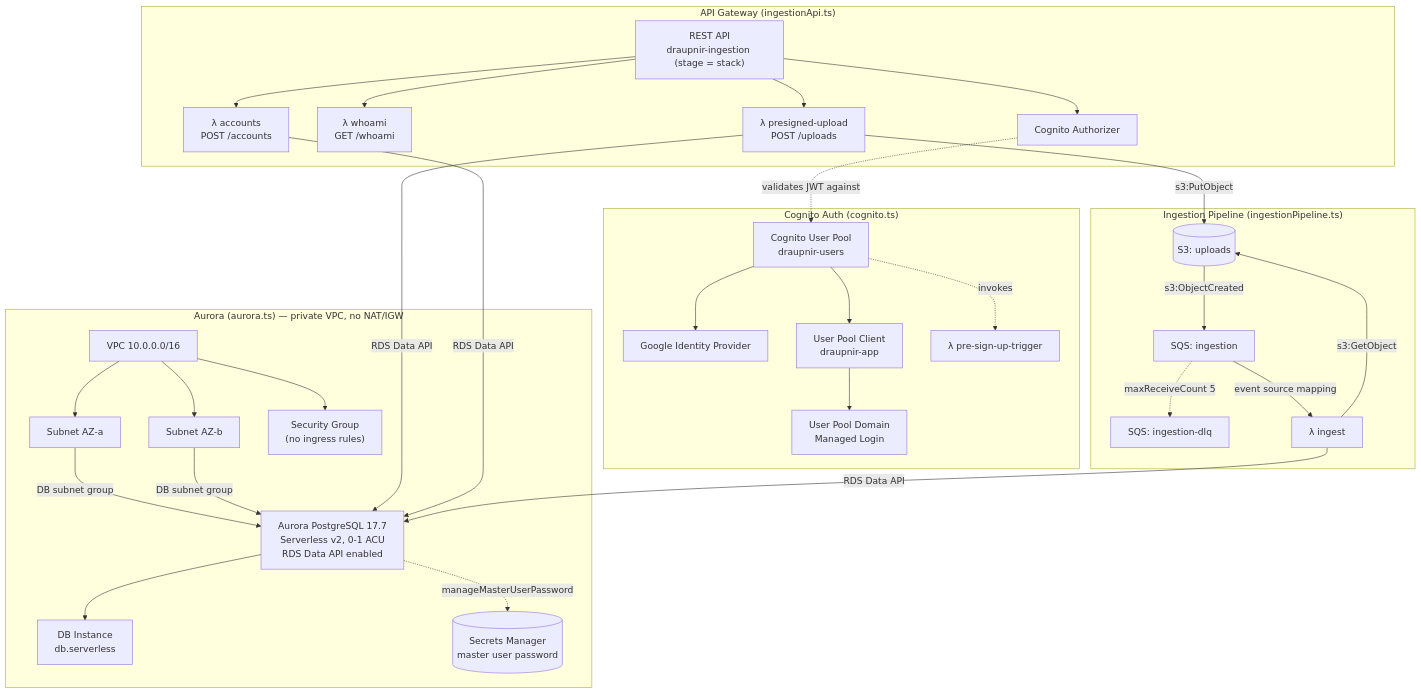
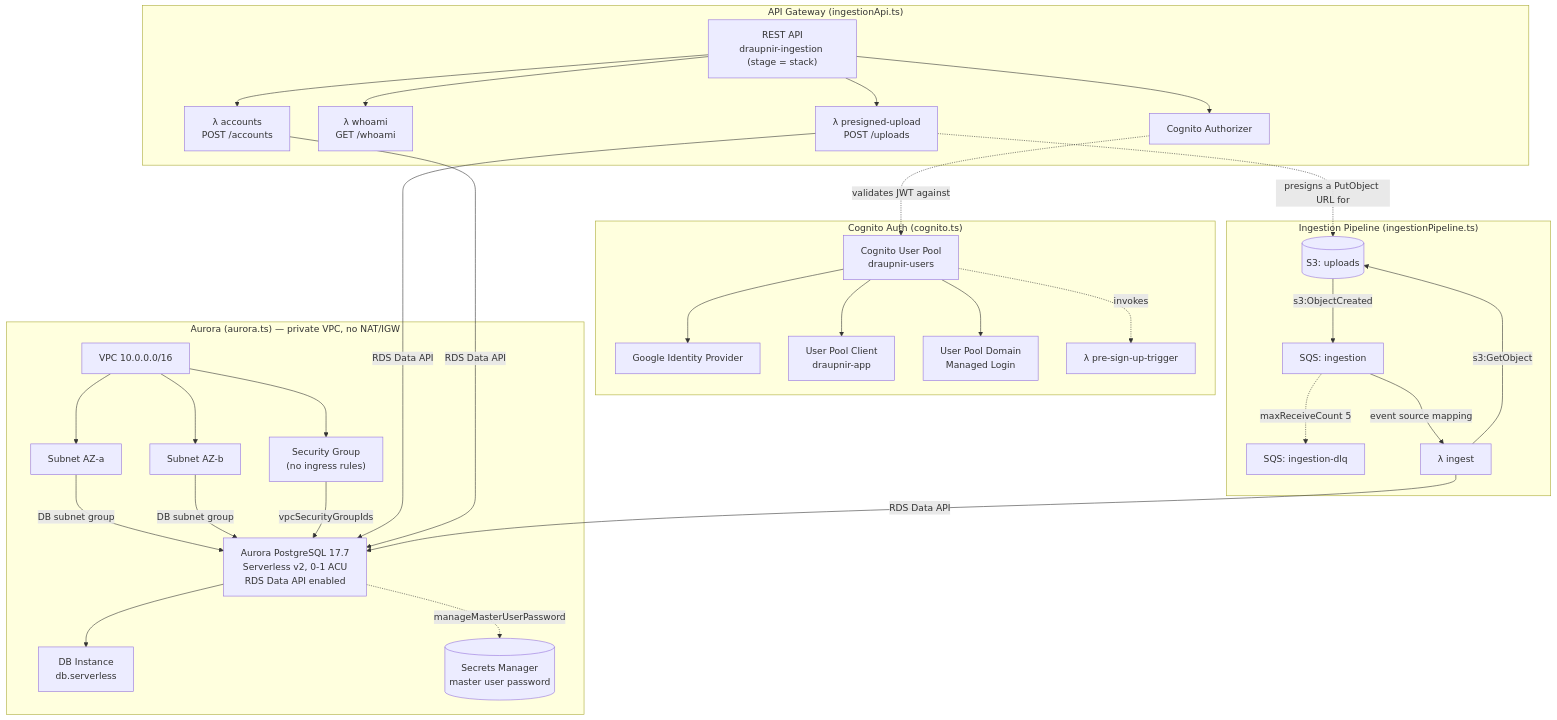
One commit to nodm/draupnir changed the diagram in docs/architecture.md. Above: the diagram before and after it, drawn with Mermaid.

Commit message:
fix(docs): correct AWS diagram edges per Copilot review
- User Pool (not the client) owns the Managed Login Domain
- Security group attaches directly to the Aurora cluster
- presigned-upload only signs a PutObject URL, doesn't call S3 itself

Claude-Session: https://claude.ai/code/session_01M8cb6BfWN5DRuwZzNsd3oV

````diff
--- a/docs/architecture.md
+++ b/docs/architecture.md
@@ -7,61 +7,62 @@
 ```mermaid
 graph TB
   subgraph Auth["Cognito Auth (cognito.ts)"]
     UserPool["Cognito User Pool<br/>draupnir-users"]
     GoogleIdP["Google Identity Provider"]
     UserPoolClient["User Pool Client<br/>draupnir-app"]
     Domain["User Pool Domain<br/>Managed Login"]
     PreSignUpFn["λ pre-sign-up-trigger"]
 
     UserPool --> GoogleIdP
     UserPool --> UserPoolClient
-    UserPoolClient --> Domain
+    UserPool --> Domain
     UserPool -. invokes .-> PreSignUpFn
   end
 
   subgraph API["API Gateway (ingestionApi.ts)"]
     RestApi["REST API<br/>draupnir-ingestion (stage = stack)"]
     Authorizer["Cognito Authorizer"]
     WhoamiFn["λ whoami<br/>GET /whoami"]
     AccountsFn["λ accounts<br/>POST /accounts"]
     UploadFn["λ presigned-upload<br/>POST /uploads"]
 
     RestApi --> Authorizer
     RestApi --> WhoamiFn
     RestApi --> AccountsFn
     RestApi --> UploadFn
   end
   Authorizer -. validates JWT against .-> UserPool
 
   subgraph Ingestion["Ingestion Pipeline (ingestionPipeline.ts)"]
     UploadsBucket[("S3: uploads")]
     Queue["SQS: ingestion"]
     DLQ["SQS: ingestion-dlq"]
     IngestFn["λ ingest"]
 
     UploadsBucket -- "s3:ObjectCreated" --> Queue
     Queue -- "event source mapping" --> IngestFn
     Queue -. "maxReceiveCount 5" .-> DLQ
   end
 
   subgraph Data["Aurora (aurora.ts) — private VPC, no NAT/IGW"]
     VPC["VPC 10.0.0.0/16"]
     SubnetA["Subnet AZ-a"]
     SubnetB["Subnet AZ-b"]
     SG["Security Group<br/>(no ingress rules)"]
     Cluster["Aurora PostgreSQL 17.7<br/>Serverless v2, 0-1 ACU<br/>RDS Data API enabled"]
     Instance["DB Instance<br/>db.serverless"]
     Secret[("Secrets Manager<br/>master user password")]
 
     VPC --> SubnetA & SubnetB & SG
     SubnetA & SubnetB -- "DB subnet group" --> Cluster
+    SG -- "vpcSecurityGroupIds" --> Cluster
     Cluster --> Instance
     Cluster -. "manageMasterUserPassword" .-> Secret
   end
 
-  UploadFn -- "s3:PutObject" --> UploadsBucket
+  UploadFn -. "presigns a PutObject URL for" .-> UploadsBucket
   UploadFn -- "RDS Data API" --> Cluster
   AccountsFn -- "RDS Data API" --> Cluster
   IngestFn -- "s3:GetObject" --> UploadsBucket
   IngestFn -- "RDS Data API" --> Cluster
 ```
````
